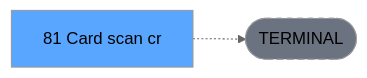
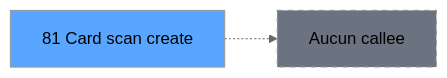
The third of 3 diagrams in .openspec/specs/ADH-IDE-81.md (thonyAGP/lecteur-magic), drawn with Mermaid (neutral theme) before and after one commit. The commit also changed other lines of this file and 96 other files, not shown here.

````diff
--- a/.openspec/specs/ADH-IDE-81.md
+++ b/.openspec/specs/ADH-IDE-81.md
@@ -135,8 +211,8 @@
 ```mermaid
 graph LR
-    T[81    Card scan cr]
-    TERM([TERMINAL])
-    T -.-> TERM
-    style TERM fill:#6b7280,stroke-dasharray: 5 5
-    style T fill:#58a6ff,color:#000
+    T81[81 Card scan create]
+    style T81 fill:#58a6ff
+    NONE[Aucun callee]
+    T81 -.-> NONE
+    style NONE fill:#6b7280,stroke-dasharray: 5 5
 ```
````
